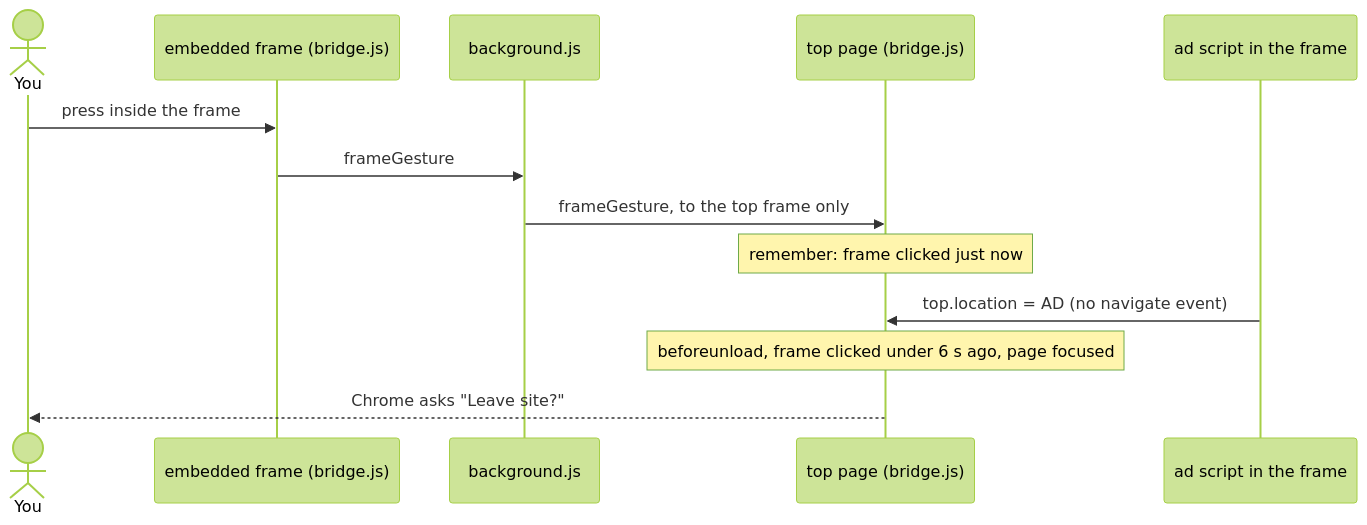
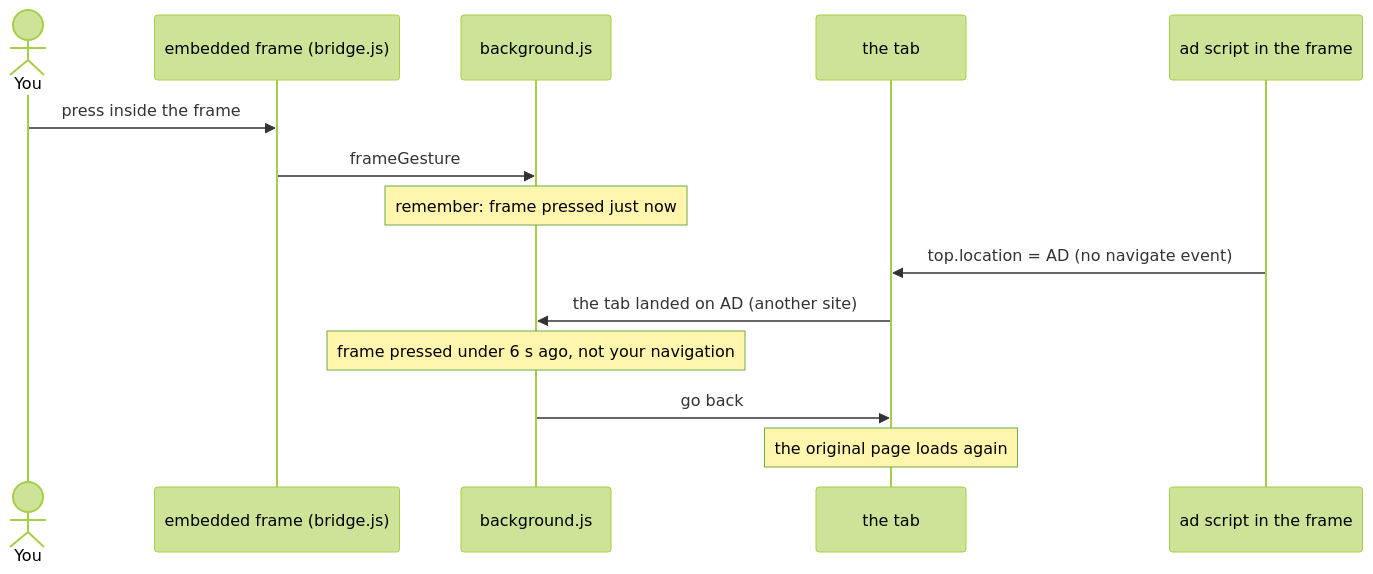
The third of 3 diagrams in docs/learn/03-popshield.md (madironman/popshield), drawn with Mermaid (forest theme) before and after one commit. The commit also changed other lines of this file and 10 other files, not shown here.

Commit message:
Docs: frame takeovers are undone by the background; no leave-page prompt

````diff
--- a/docs/learn/03-popshield.md
+++ b/docs/learn/03-popshield.md
@@ -568,16 +582,17 @@
 ```mermaid
 sequenceDiagram
     actor U as You
     participant CB as embedded frame (bridge.js)
     participant SW as background.js
-    participant TB as top page (bridge.js)
+    participant T as the tab
     participant AD as ad script in the frame
 
     U->>CB: press inside the frame
     CB->>SW: frameGesture
-    SW->>TB: frameGesture, to the top frame only
-    Note over TB: remember: frame clicked just now
-    AD->>TB: top.location = AD (no navigate event)
-    Note over TB: beforeunload, frame clicked under 6 s ago, page focused
-    TB-->>U: Chrome asks "Leave site?"
+    Note over SW: remember: frame pressed just now
+    AD->>T: top.location = AD (no navigate event)
+    T->>SW: the tab landed on AD (another site)
+    Note over SW: frame pressed under 6 s ago, not your navigation
+    SW->>T: go back
+    Note over T: the original page loads again
 ```
````
